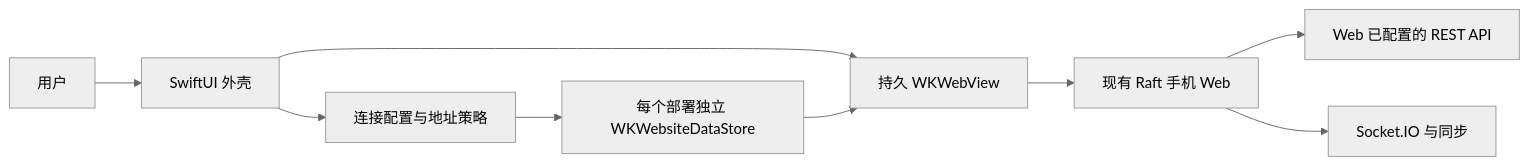
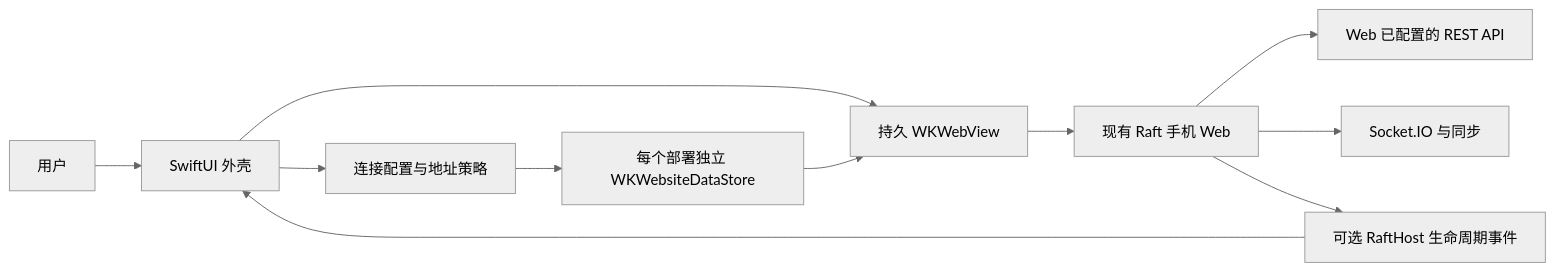
The diagram in docs/ARCHITECTURE.md (SpikeWong/raft-ios), drawn with Mermaid (neutral theme) before and after one commit. The commit also changed other lines of this file and 26 other files, not shown here.

````diff
--- a/docs/ARCHITECTURE.md
+++ b/docs/ARCHITECTURE.md
@@ -5,11 +5,13 @@
 ```mermaid
 flowchart LR
   U[用户] --> S[SwiftUI 外壳]
   S --> C[连接配置与地址策略]
   S --> W[持久 WKWebView]
   C --> D[每个部署独立 WKWebsiteDataStore]
   D --> W
   W --> H[现有 Raft 手机 Web]
   H --> A[Web 已配置的 REST API]
   H --> R[Socket.IO 与同步]
+  H --> B[可选 RaftHost 生命周期事件]
+  B --> S
 ```
````
